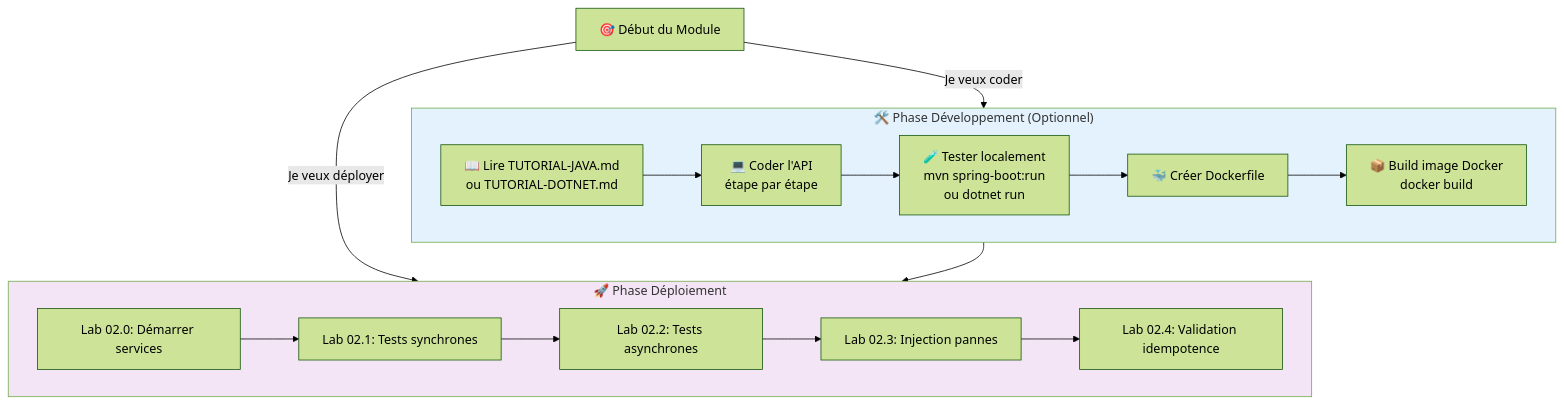
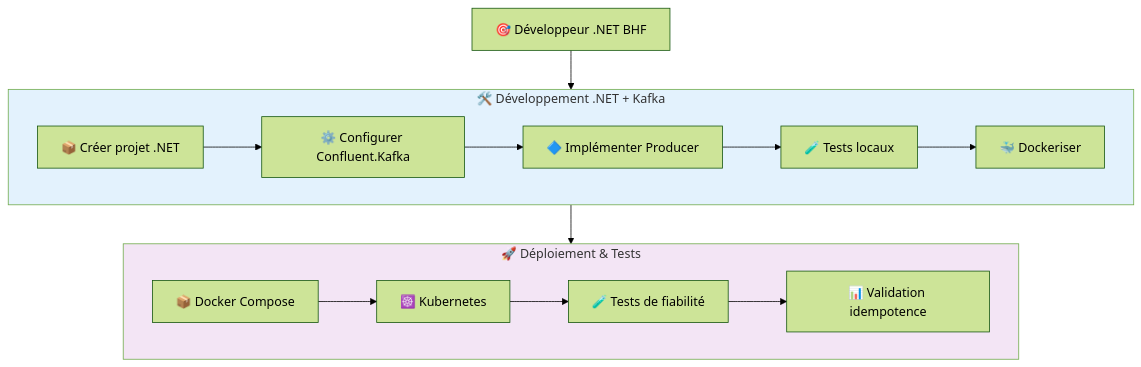
Before and after one commit to msellamiTN/kafka-bhf: diagram 15 of 15 in formation-v2/day-01-foundations/module-02-producer-reliability/README.md, drawn with Mermaid (forest theme). The commit also changed other lines of this file, not shown here.

First line of the commit message:
docs: restructure README for .NET BHF developers focus

````diff
--- a/formation-v2/day-01-foundations/module-02-producer-reliability/README.md
+++ b/formation-v2/day-01-foundations/module-02-producer-reliability/README.md
@@ -646,31 +676,29 @@
 ```mermaid
 flowchart TB
-    START["🎯 Début du Module"]
+    START["🎯 Développeur .NET BHF"]
     
-    subgraph DEV["🛠️ Phase Développement (Optionnel)"]
-        D1["📖 Lire TUTORIAL-JAVA.md<br/>ou TUTORIAL-DOTNET.md"]
-        D2["💻 Coder l'API<br/>étape par étape"]
-        D3["🧪 Tester localement<br/>mvn spring-boot:run<br/>ou dotnet run"]
-        D4["🐳 Créer Dockerfile"]
-        D5["📦 Build image Docker<br/>docker build"]
+    subgraph DEV["🛠️ Développement .NET + Kafka"]
+        D1["📦 Créer projet .NET"]
+        D2["⚙️ Configurer Confluent.Kafka"]
+        D3["🔷 Implémenter Producer"]
+        D4["🧪 Tests locaux"]
+        D5["🐳 Dockeriser"]
         
         D1 --> D2 --> D3 --> D4 --> D5
     end
     
-    subgraph DEPLOY["🚀 Phase Déploiement"]
-        L1["Lab 02.0: Démarrer services"]
-        L2["Lab 02.1: Tests synchrones"]
-        L3["Lab 02.2: Tests asynchrones"]
-        L4["Lab 02.3: Injection pannes"]
-        L5["Lab 02.4: Validation idempotence"]
+    subgraph DEPLOY["🚀 Déploiement & Tests"]
+        L1["📦 Docker Compose"]
+        L2["☸️ Kubernetes"]
+        L3["🧪 Tests de fiabilité"]
+        L4["📊 Validation idempotence"]
         
-        L1 --> L2 --> L3 --> L4 --> L5
+        L1 --> L2 --> L3 --> L4
     end
     
-    START --> |"Je veux coder"| DEV
-    START --> |"Je veux déployer"| DEPLOY
+    START --> DEV
     DEV --> DEPLOY
     
     style DEV fill:#e3f2fd
     style DEPLOY fill:#f3e5f5
 ```
````
